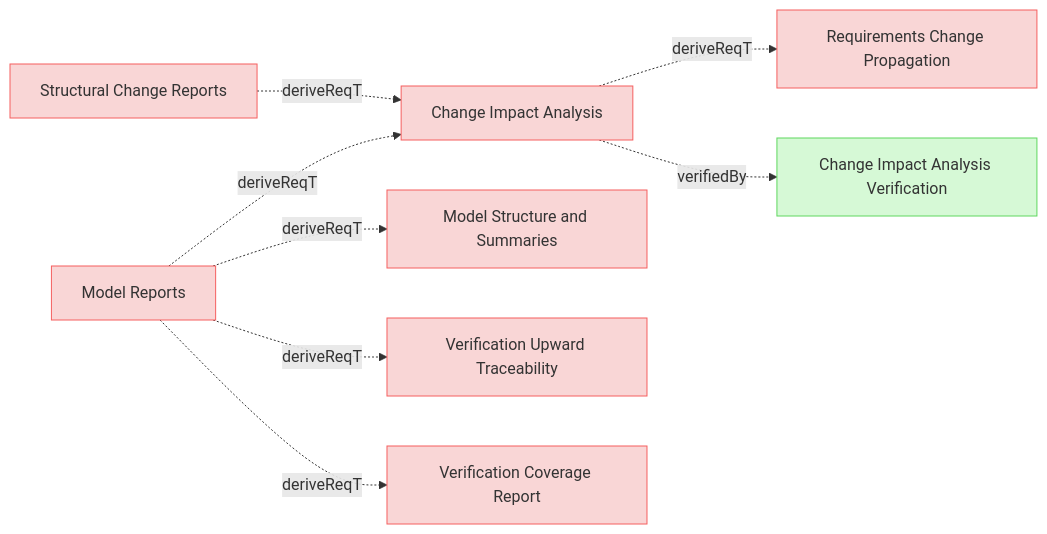
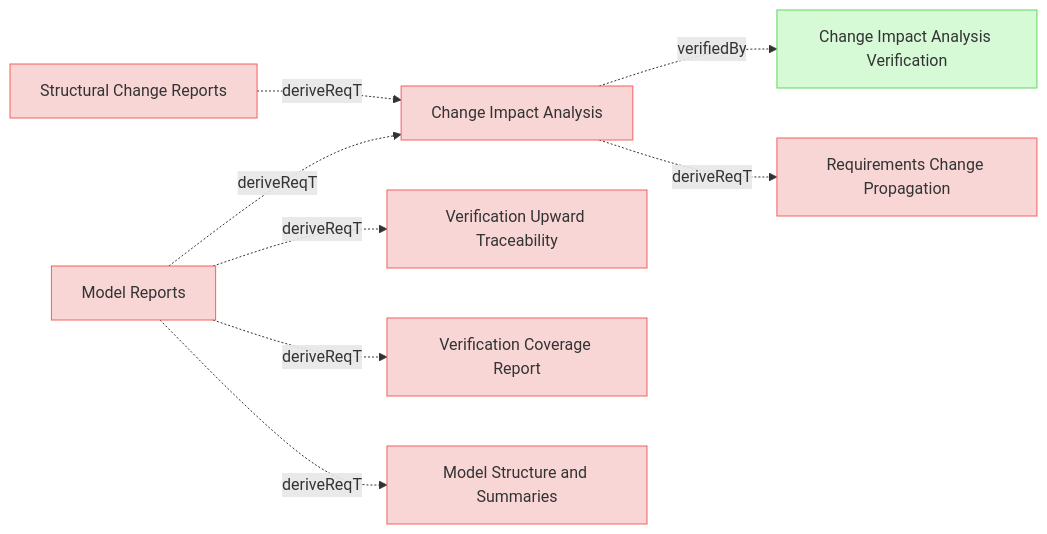
The eighth of 9 diagrams in specifications/UserRequirements.md (reqvire-org/reqvire), drawn with Mermaid before and after one commit. The commit also changed other lines of this file and 25 other files, not shown here.

````diff
--- a/specifications/UserRequirements.md
+++ b/specifications/UserRequirements.md
@@ -1061,41 +1061,41 @@
 ```mermaid
 graph LR;
   %% REQVIRE-AUTOGENERATED-DIAGRAM
   %% Graph styling
   classDef userRequirement fill:#f9d6d6,stroke:#f55f5f,stroke-width:1px;
   classDef systemRequirement fill:#fce4e4,stroke:#e68a8a,stroke-width:1px;
   classDef verification fill:#d6f9d6,stroke:#5fd75f,stroke-width:1px;
   classDef default fill:#f5f5f5,stroke:#333333,stroke-width:1px;
 
   9933cac5853a8584["Change Impact Analysis"];
   class 9933cac5853a8584 userRequirement;
   click 9933cac5853a8584 "UserRequirements.md#change-impact-analysis";
+  b72d56e7e360fe6c["Change Impact Analysis Verification"];
+  class b72d56e7e360fe6c verification;
+  click b72d56e7e360fe6c "Verifications/ChangeImpactTests.md#change-impact-analysis-verification";
+  9933cac5853a8584 -.->|verifiedBy| b72d56e7e360fe6c;
   2054606d7574a553["Requirements Change Propagation"];
   class 2054606d7574a553 userRequirement;
   click 2054606d7574a553 "SpecificationsRequirements.md#requirements-change-propagation";
   9933cac5853a8584 -.->|deriveReqT| 2054606d7574a553;
-  b72d56e7e360fe6c["Change Impact Analysis Verification"];
-  class b72d56e7e360fe6c verification;
-  click b72d56e7e360fe6c "Verifications/ChangeImpactTests.md#change-impact-analysis-verification";
-  9933cac5853a8584 -.->|verifiedBy| b72d56e7e360fe6c;
-  1908501a80db5c46["Structural Change Reports"];
-  class 1908501a80db5c46 userRequirement;
-  click 1908501a80db5c46 "UserRequirements.md#structural-change-reports";
-  1908501a80db5c46 -.->|deriveReqT| 9933cac5853a8584;
   70701096d332c0b2["Model Reports"];
   class 70701096d332c0b2 userRequirement;
   click 70701096d332c0b2 "UserRequirements.md#model-reports";
-  ad6f7a2d41d80a38["Model Structure and Summaries"];
-  class ad6f7a2d41d80a38 userRequirement;
-  click ad6f7a2d41d80a38 "UserRequirements.md#model-structure-and-summaries";
-  70701096d332c0b2 -.->|deriveReqT| ad6f7a2d41d80a38;
   7ceb6b9bed1a94e1["Verification Upward Traceability"];
   class 7ceb6b9bed1a94e1 userRequirement;
   click 7ceb6b9bed1a94e1 "UserRequirements.md#verification-upward-traceability";
   70701096d332c0b2 -.->|deriveReqT| 7ceb6b9bed1a94e1;
   f7a606aa79ba438["Verification Coverage Report"];
   class f7a606aa79ba438 userRequirement;
   click f7a606aa79ba438 "UserRequirements.md#verification-coverage-report";
   70701096d332c0b2 -.->|deriveReqT| f7a606aa79ba438;
   70701096d332c0b2 -.->|deriveReqT| 9933cac5853a8584;
+  ad6f7a2d41d80a38["Model Structure and Summaries"];
+  class ad6f7a2d41d80a38 userRequirement;
+  click ad6f7a2d41d80a38 "UserRequirements.md#model-structure-and-summaries";
+  70701096d332c0b2 -.->|deriveReqT| ad6f7a2d41d80a38;
+  1908501a80db5c46["Structural Change Reports"];
+  class 1908501a80db5c46 userRequirement;
+  click 1908501a80db5c46 "UserRequirements.md#structural-change-reports";
+  1908501a80db5c46 -.->|deriveReqT| 9933cac5853a8584;
 ```
````
